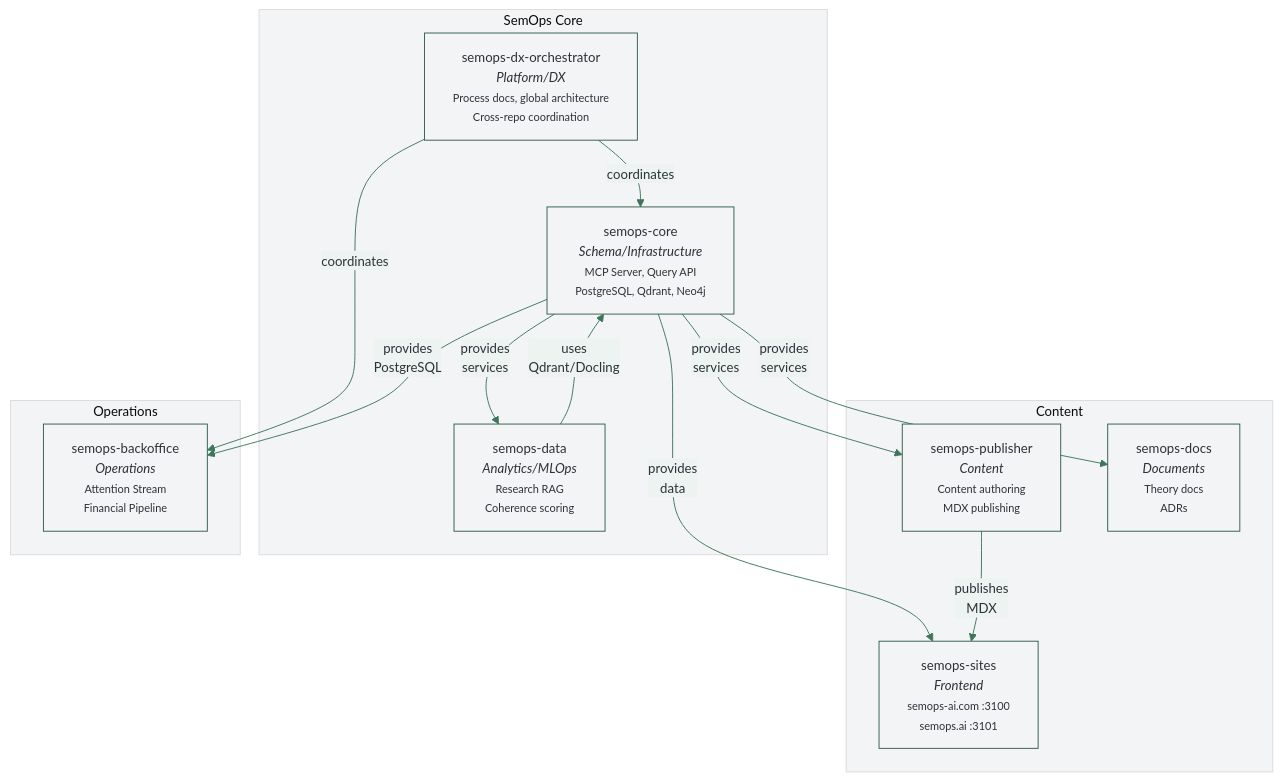
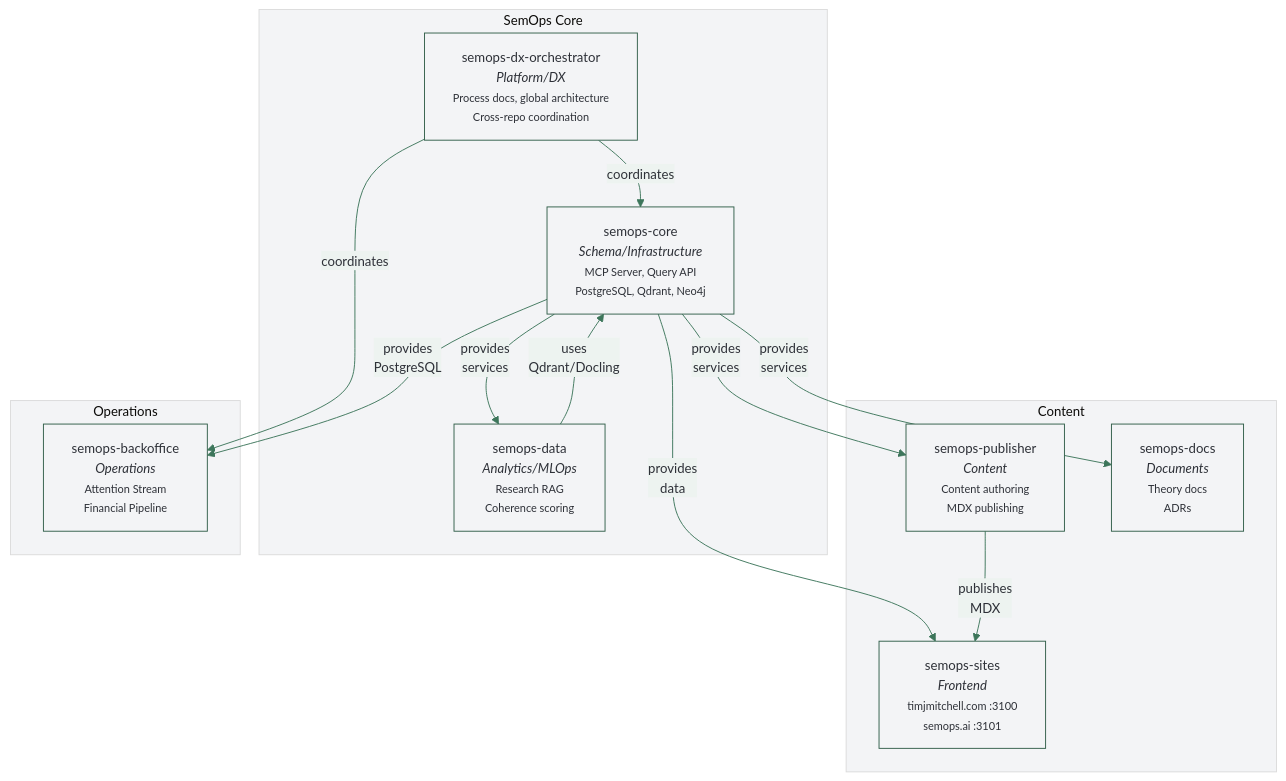
Before and after one commit to semops-ai/semops-dx-orchestrator: the first of 8 diagrams in docs/DIAGRAMS.md, drawn with Mermaid. The commit also changed other lines of this file and 9 other files, not shown here.

First line of the commit message:
docs: full sync — architecture, diagrams, methodology exports

````diff
--- a/docs/DIAGRAMS.md
+++ b/docs/DIAGRAMS.md
@@ -18,29 +18,29 @@
 ```mermaid
 %%{init: {'theme': 'base', 'themeVariables': {'primaryColor': '#F3F4F6', 'primaryBorderColor': '#315E49', 'primaryTextColor': '#2E3138', 'lineColor': '#3D765B', 'secondaryColor': '#EDF3F0', 'tertiaryColor': '#F3F4F6', 'edgeLabelBackground': '#EDF3F0', 'fontFamily': 'JetBrains Mono, monospace', 'fontSize': '14px'}, 'flowchart': {'curve': 'basis'}}}%%
 flowchart TB
-    subgraph semopscore["SemOps Core"]
-        dx["semops-dx-orchestrator<br/><i>Platform/DX</i><br/><small>Process docs, global architecture<br/>Cross-repo coordination</small>"]
-        hub["semops-core<br/><i>Schema/Infrastructure</i><br/><small>MCP Server, Query API<br/>PostgreSQL, Qdrant, Neo4j</small>"]
-        data["semops-data<br/><i>Analytics/MLOps</i><br/><small>Research RAG<br/>Coherence scoring</small>"]
-    end
+ subgraph semopscore["SemOps Core"]
+ dx["semops-dx-orchestrator<br/><i>Platform/DX</i><br/><small>Process docs, global architecture<br/>Cross-repo coordination</small>"]
+ hub["semops-core<br/><i>Schema/Infrastructure</i><br/><small>MCP Server, Query API<br/>PostgreSQL, Qdrant, Neo4j</small>"]
+ data["semops-data<br/><i>Analytics/MLOps</i><br/><small>Research RAG<br/>Coherence scoring</small>"]
+ end
 
-    subgraph content["Content"]
-        pub["semops-publisher<br/><i>Content</i><br/><small>Content authoring<br/>MDX publishing</small>"]
-        docs["semops-docs<br/><i>Documents</i><br/><small>Theory docs<br/>ADRs</small>"]
-        sites["semops-sites<br/><i>Frontend</i><br/><small>semops-ai.com :3100<br/>semops.ai :3101</small>"]
-    end
+ subgraph content["Content"]
+ pub["semops-publisher<br/><i>Content</i><br/><small>Content authoring<br/>MDX publishing</small>"]
+ docs["semops-docs<br/><i>Documents</i><br/><small>Theory docs<br/>ADRs</small>"]
+ sites["semops-sites<br/><i>Frontend</i><br/><small>timjmitchell.com :3100<br/>semops.ai :3101</small>"]
+ end
 
-    subgraph operations["Operations"]
-        back["semops-backoffice<br/><i>Operations</i><br/><small>Attention Stream<br/>Financial Pipeline</small>"]
-    end
+ subgraph operations["Operations"]
+ back["semops-backoffice<br/><i>Operations</i><br/><small>Attention Stream<br/>Financial Pipeline</small>"]
+ end
 
-    dx -->|coordinates| hub
-    dx -->|coordinates| back
-    hub -->|"provides<br/>services"| pub
-    hub -->|"provides<br/>services"| docs
-    hub -->|"provides<br/>services"| data
-    hub -->|"provides<br/>data"| sites
-    hub -->|"provides<br/>PostgreSQL"| back
-    pub -->|"publishes<br/>MDX"| sites
-    data -->|"uses<br/>Qdrant/Docling"| hub
+ dx -->|coordinates| hub
+ dx -->|coordinates| back
+ hub -->|"provides<br/>services"| pub
+ hub -->|"provides<br/>services"| docs
+ hub -->|"provides<br/>services"| data
+ hub -->|"provides<br/>data"| sites
+ hub -->|"provides<br/>PostgreSQL"| back
+ pub -->|"publishes<br/>MDX"| sites
+ data -->|"uses<br/>Qdrant/Docling"| hub
 ```
````
